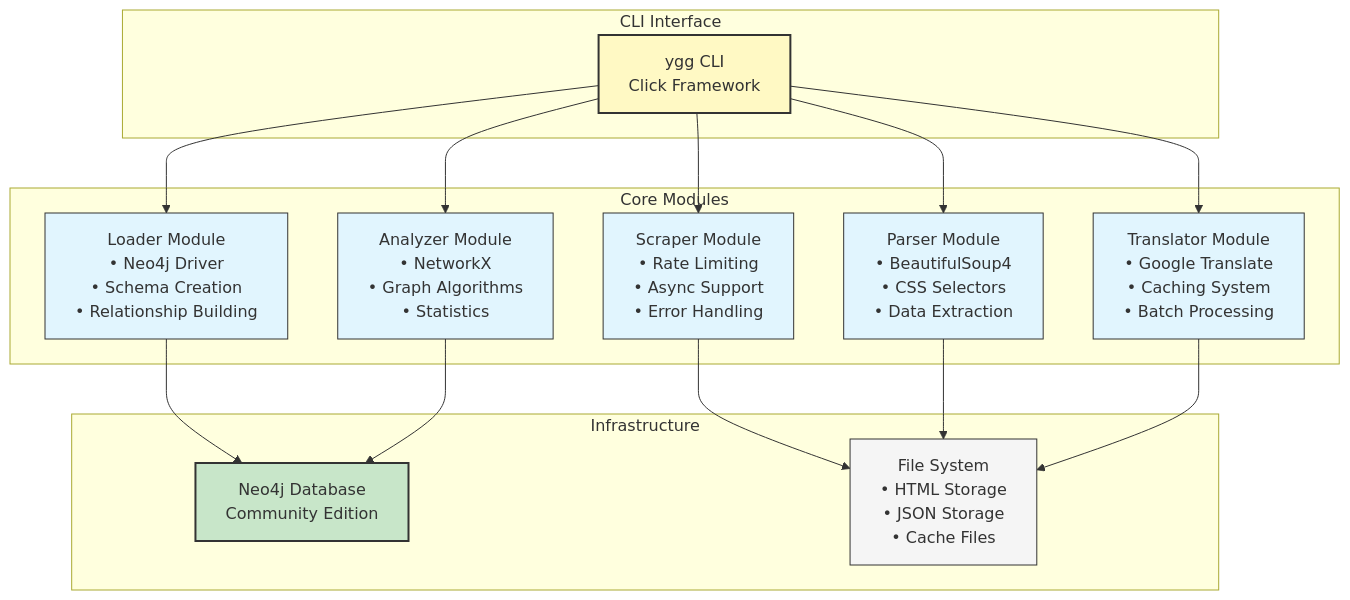
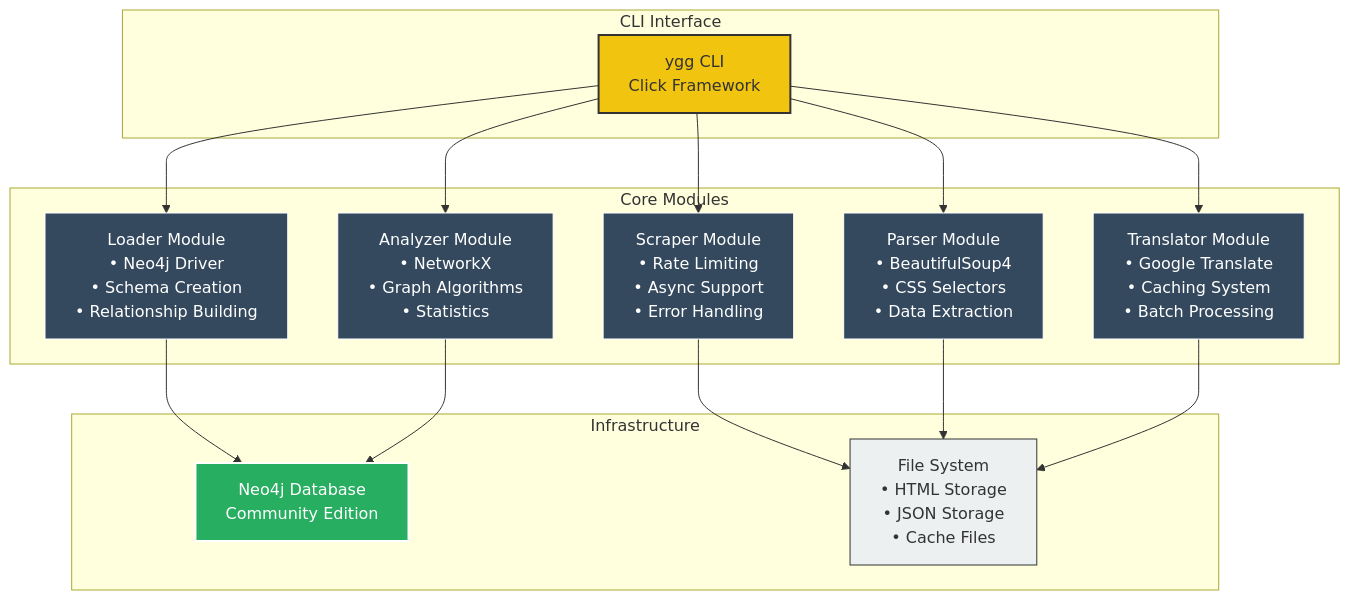
Before and after one commit to Ricoledan/digimon-knowledge-graph: the second of 4 diagrams in CLAUDE.md, drawn with Mermaid. The commit also changed other lines of this file, not shown here.

Commit message:
add diagrams

````diff
--- a/CLAUDE.md
+++ b/CLAUDE.md
@@ -166,40 +166,40 @@
 ```mermaid
 graph TB
     subgraph "CLI Interface"
         CLI[ygg CLI<br/>Click Framework]
     end
     
     subgraph "Core Modules"
         SCR[Scraper Module<br/>• Rate Limiting<br/>• Async Support<br/>• Error Handling]
         PRS[Parser Module<br/>• BeautifulSoup4<br/>• CSS Selectors<br/>• Data Extraction]
         TRN[Translator Module<br/>• Google Translate<br/>• Caching System<br/>• Batch Processing]
         LDR[Loader Module<br/>• Neo4j Driver<br/>• Schema Creation<br/>• Relationship Building]
         ANL[Analyzer Module<br/>• NetworkX<br/>• Graph Algorithms<br/>• Statistics]
     end
     
     subgraph "Infrastructure"
         NEO[Neo4j Database<br/>Community Edition]
         FS[File System<br/>• HTML Storage<br/>• JSON Storage<br/>• Cache Files]
     end
     
     CLI --> SCR
     CLI --> PRS
     CLI --> TRN
     CLI --> LDR
     CLI --> ANL
     
     SCR --> FS
     PRS --> FS
     TRN --> FS
     LDR --> NEO
     ANL --> NEO
     
-    style CLI fill:#fff9c4,stroke:#333,stroke-width:2px
-    style NEO fill:#c8e6c9,stroke:#333,stroke-width:2px
-    style SCR fill:#e1f5fe,stroke:#333,stroke-width:1px
-    style PRS fill:#e1f5fe,stroke:#333,stroke-width:1px
-    style TRN fill:#e1f5fe,stroke:#333,stroke-width:1px
-    style LDR fill:#e1f5fe,stroke:#333,stroke-width:1px
-    style ANL fill:#e1f5fe,stroke:#333,stroke-width:1px
-    style FS fill:#f5f5f5,stroke:#333,stroke-width:1px
+    style CLI fill:#f1c40f,stroke:#333,stroke-width:2px,color:#333
+    style NEO fill:#27ae60,stroke:#fff,stroke-width:2px,color:#fff
+    style SCR fill:#34495e,stroke:#fff,stroke-width:1px,color:#fff
+    style PRS fill:#34495e,stroke:#fff,stroke-width:1px,color:#fff
+    style TRN fill:#34495e,stroke:#fff,stroke-width:1px,color:#fff
+    style LDR fill:#34495e,stroke:#fff,stroke-width:1px,color:#fff
+    style ANL fill:#34495e,stroke:#fff,stroke-width:1px,color:#fff
+    style FS fill:#ecf0f1,stroke:#333,stroke-width:1px,color:#333
 ```
````
